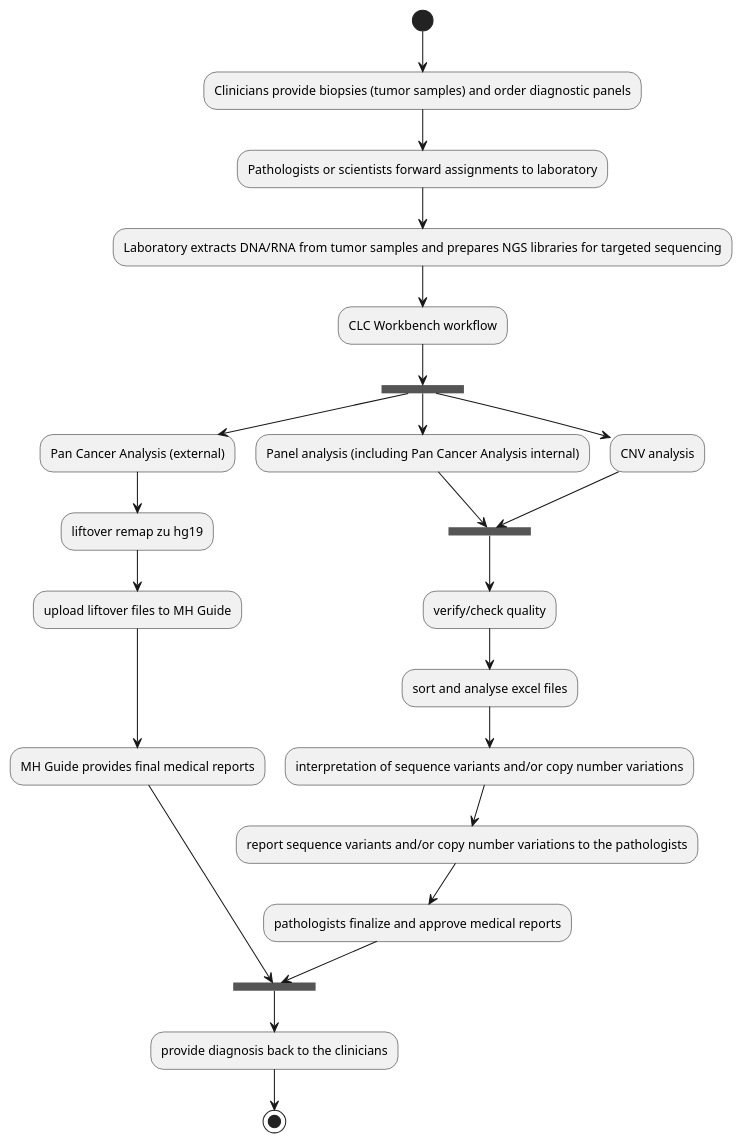
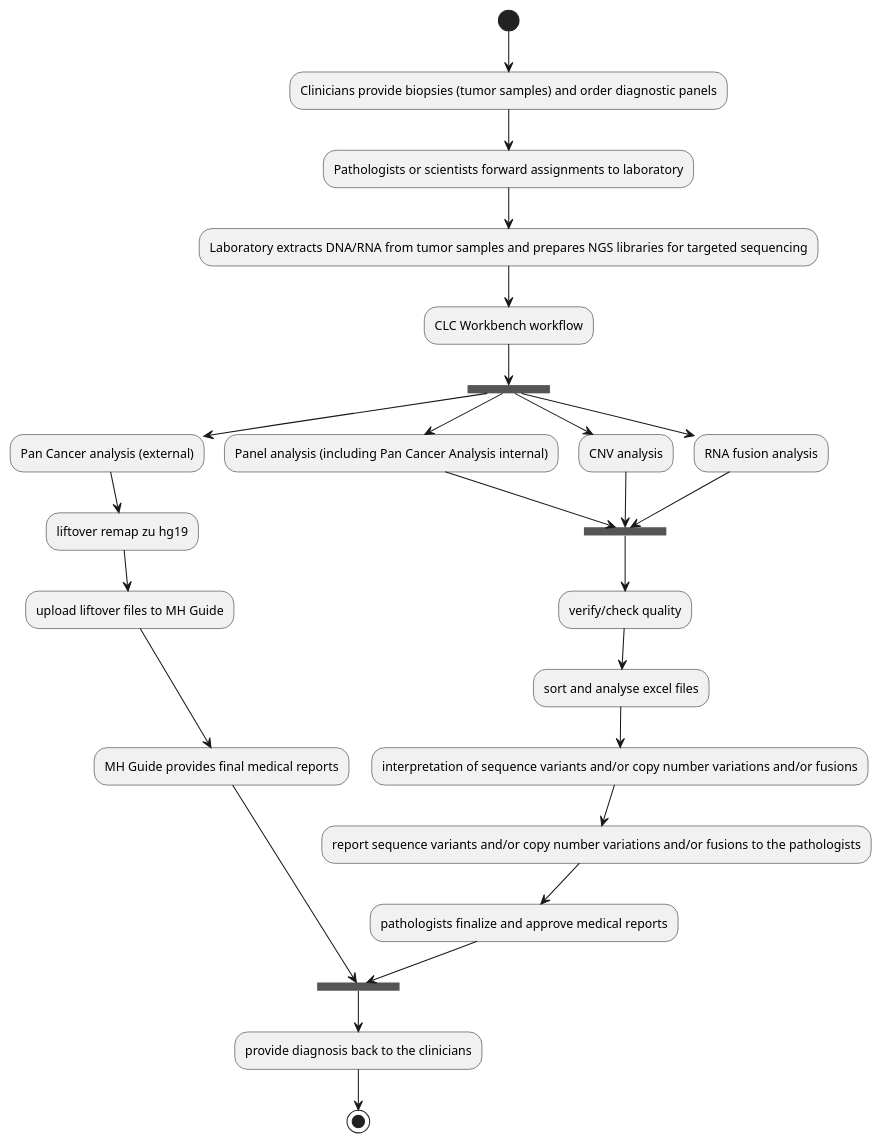
One commit to feiloo/ngs_pipeline changed the diagram in docs/activity_diagram.puml. Above: the diagram before and after it, drawn with PlantUML.

Commit message:
added RNA fusions to the activity_diagram

```diff
--- a/docs/activity_diagram.puml
+++ b/docs/activity_diagram.puml
@@ -1,29 +1,32 @@
 @startuml
 (*) --> "Clinicians provide biopsies (tumor samples) and order diagnostic panels"
 --> "Pathologists or scientists forward assignments to laboratory"
 --> "Laboratory extracts DNA/RNA from tumor samples and prepares NGS libraries for targeted sequencing"
 --> "CLC Workbench workflow"
 
 --> ===B1===
---> "Pan Cancer Analysis (external)"
+--> "Pan Cancer analysis (external)"
 --> "liftover remap zu hg19"
 --> "upload liftover files to MH Guide"
 --> "MH Guide provides final medical reports"
 --> ===B3===
 
 ===B1=== --> "Panel analysis (including Pan Cancer Analysis internal)"
 --> ===B2===
 
 ===B1=== --> "CNV analysis"
 --> ===B2===
 
+===B1=== --> "RNA fusion analysis"
+--> ===B2===
+
 ===B2=== --> "verify/check quality"
 --> "sort and analyse excel files"
---> "interpretation of sequence variants and/or copy number variations"
---> "report sequence variants and/or copy number variations to the pathologists"
+--> "interpretation of sequence variants and/or copy number variations and/or fusions"
+--> "report sequence variants and/or copy number variations and/or fusions to the pathologists"
 --> "pathologists finalize and approve medical reports"
 --> ===B3===
 
 --> "provide diagnosis back to the clinicians"
 --> (*)
 @enduml
```
